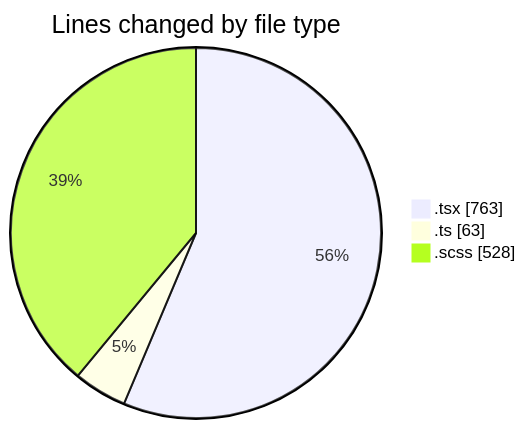
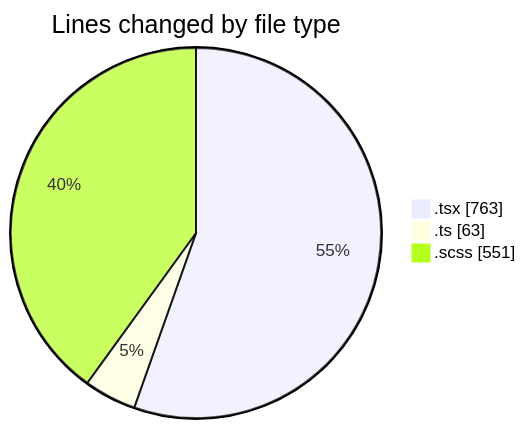
Before and after one commit to momahboobian/code-tracking: the first of 2 diagrams in 2025-04-02/cda/README.md, drawn with Mermaid. The commit also changed other lines of this file and 1 other file, not shown here.

````diff
--- a/2025-04-02/cda/README.md
+++ b/2025-04-02/cda/README.md
@@ -26,7 +26,7 @@
 ```mermaid
 pie showData
 title Lines changed by file type
 ".tsx" : 763
 ".ts" : 63
-".scss" : 528
+".scss" : 551
 ```
````
